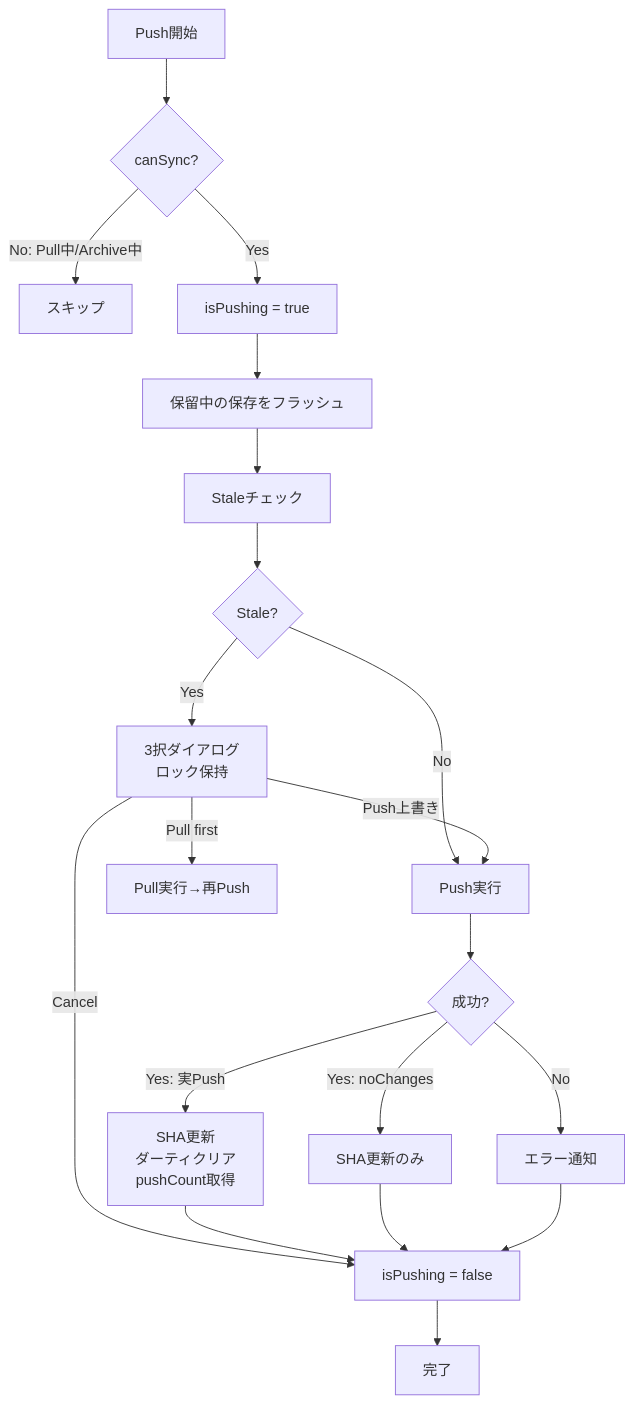
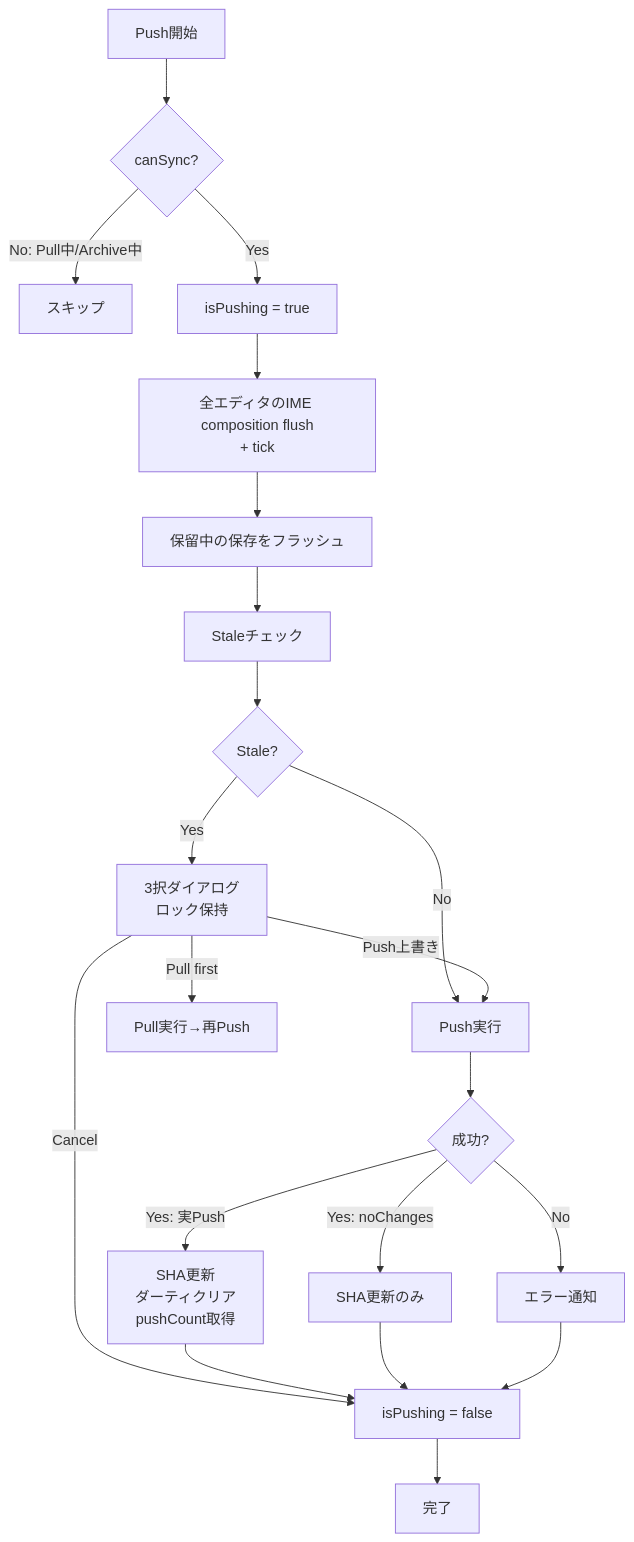
One commit to kako-jun/agasteer changed the first of 6 diagrams in docs/development/sync/push-pull.md. Above: the diagram before and after it, drawn with Mermaid. The commit also changed other lines of this file and 7 other files, not shown here.

First line of the commit message:
fix: #186 push 直前に IME composition を flush して Android での中途半端 push を防ぐ

````diff
--- a/docs/development/sync/push-pull.md
+++ b/docs/development/sync/push-pull.md
@@ -51,22 +60,23 @@
 ```mermaid
 flowchart TD
     Start[Push開始] --> Check1{canSync?}
     Check1 -->|No: Pull中/Archive中| End1[スキップ]
     Check1 -->|Yes| Lock[isPushing = true]
-    Lock --> Flush[保留中の保存をフラッシュ]
+    Lock --> FlushIME[全エディタのIME composition flush<br/>+ tick]
+    FlushIME --> Flush[保留中の保存をフラッシュ]
     Flush --> Stale[Staleチェック]
     Stale --> Check2{Stale?}
     Check2 -->|Yes| Confirm[3択ダイアログ<br/>ロック保持]
     Check2 -->|No| Push
     Confirm -->|Pull first| PullFirst[Pull実行→再Push]
     Confirm -->|Push上書き| Push[Push実行]
     Confirm -->|Cancel| Unlock
     Push --> Success{成功?}
     Success -->|Yes: 実Push| Clear[SHA更新<br/>ダーティクリア<br/>pushCount取得]
     Success -->|Yes: noChanges| ShaOnly[SHA更新のみ]
     Success -->|No| Notify[エラー通知]
     Clear --> Unlock[isPushing = false]
     ShaOnly --> Unlock
     Notify --> Unlock
     Unlock --> End2[完了]
 ```
````
